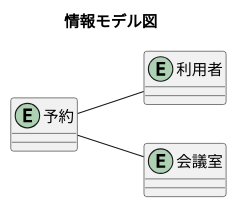
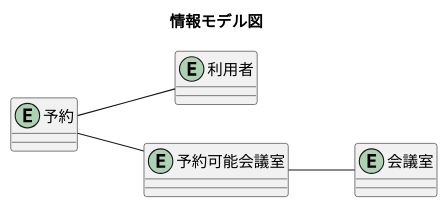
One commit to k2works/case-study-mrs changed diagram 16 of 23 in docs/index.adoc. Above: the diagram before and after it, drawn with PlantUML. The commit also changed other lines of this file and 7 other files, not shown here.

```diff
--- a/docs/index.adoc
+++ b/docs/index.adoc
@@ -525,17 +527,19 @@
 [plantuml]
 ----
 @startuml
 
 title 情報モデル図
 
 left to right direction
 
 entity 利用者
 entity 予約
 entity 会議室
+entity 予約可能会議室
 
 予約 -- 利用者
-予約 -- 会議室
+予約 -- 予約可能会議室
+予約可能会議室 -- 会議室
 
 @enduml
 ----
```
